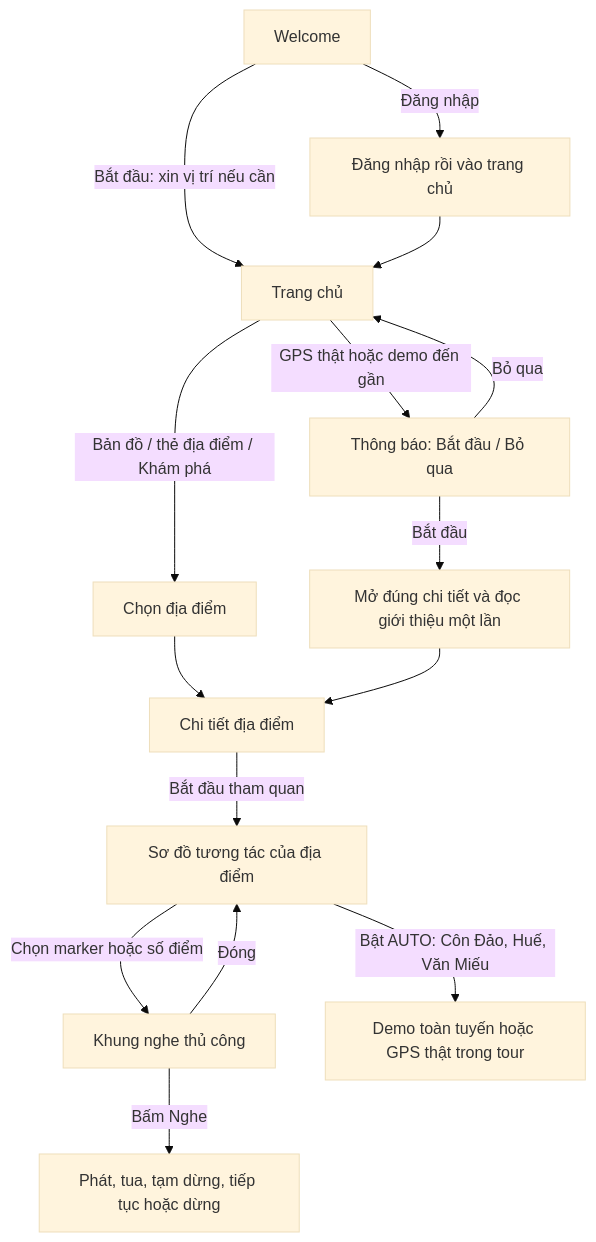
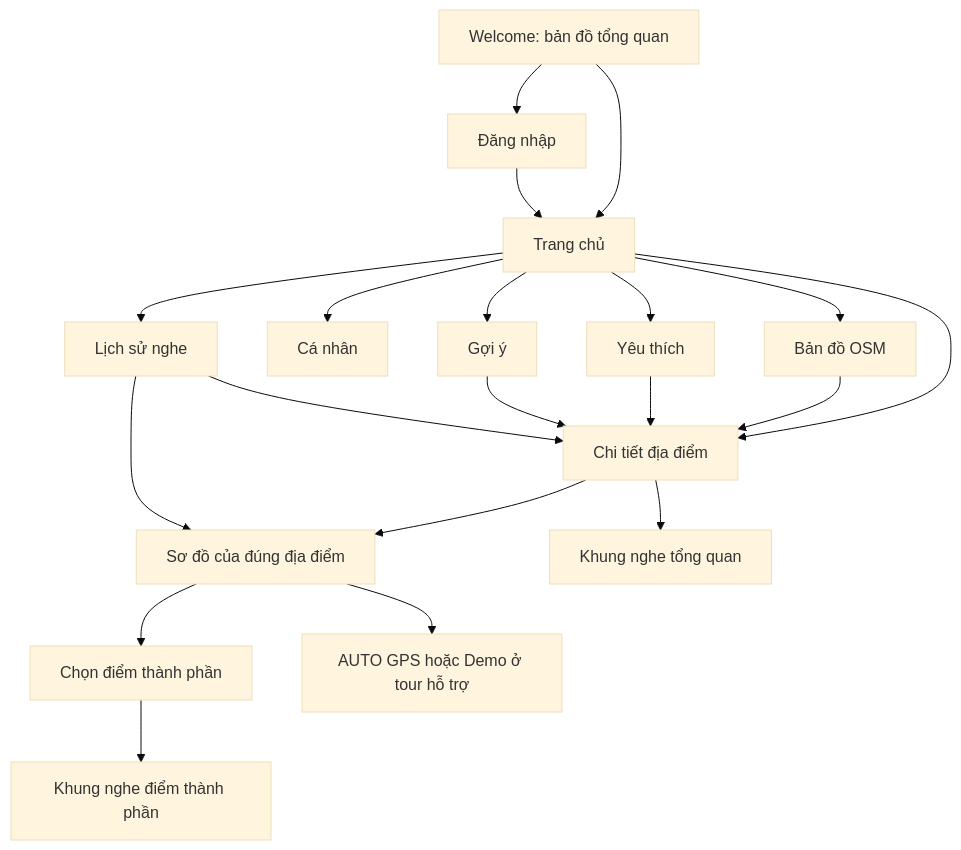
Before and after one commit to 2324802010012-sudo/APP_CK: the diagram in README.md, drawn with Mermaid (base theme). The commit also changed other lines of this file and 35 other files, not shown here.

````diff
--- a/README.md
+++ b/README.md
@@ -185,17 +54,22 @@
-```mermaid
+~~~mermaid
 flowchart TD
-    A[Welcome] -->|Bắt đầu: xin vị trí nếu cần| B[Trang chủ]
-    A -->|Đăng nhập| L[Đăng nhập rồi vào trang chủ]
-    L --> B
-    B -->|Bản đồ / thẻ địa điểm / Khám phá| C[Chọn địa điểm]
-    C --> D[Chi tiết địa điểm]
-    B -->|GPS thật hoặc demo đến gần| E[Thông báo: Bắt đầu / Bỏ qua]
-    E -->|Bắt đầu| F[Mở đúng chi tiết và đọc giới thiệu một lần]
-    E -->|Bỏ qua| B
-    F --> D
-    D -->|Bắt đầu tham quan| G[Sơ đồ tương tác của địa điểm]
-    G -->|Chọn marker hoặc số điểm| H[Khung nghe thủ công]
-    H -->|Bấm Nghe| I[Phát, tua, tạm dừng, tiếp tục hoặc dừng]
-    H -->|Đóng| G
-    G -->|Bật AUTO: Côn Đảo, Huế, Văn Miếu| J[Demo toàn tuyến hoặc GPS thật trong tour]
-```
+    W[Welcome: bản đồ tổng quan] --> M[Trang chủ]
+    W --> DN[Đăng nhập]
+    DN --> M
+    M --> BD[Bản đồ OSM]
+    M --> CT[Chi tiết địa điểm]
+    M --> CN[Cá nhân]
+    M --> YT[Yêu thích]
+    M --> LS[Lịch sử nghe]
+    M --> GY[Gợi ý]
+    BD --> CT
+    YT --> CT
+    GY --> CT
+    CT --> T[Sơ đồ của đúng địa điểm]
+    CT --> K[Khung nghe tổng quan]
+    T --> P[Chọn điểm thành phần]
+    P --> K2[Khung nghe điểm thành phần]
+    T --> A[AUTO GPS hoặc Demo ở tour hỗ trợ]
+    LS --> CT
+    LS --> T
+~~~
````
